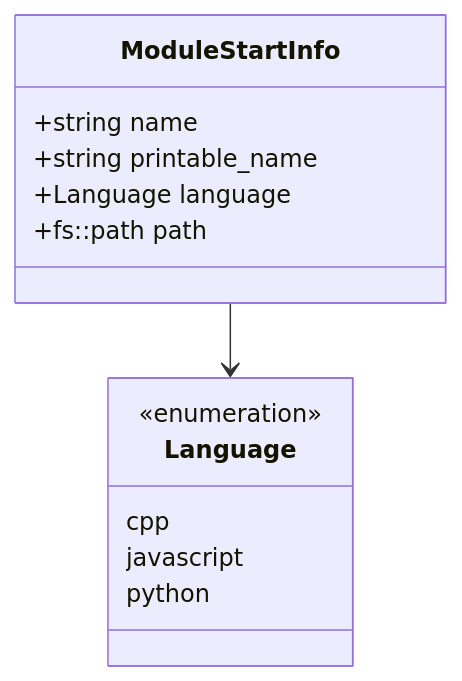
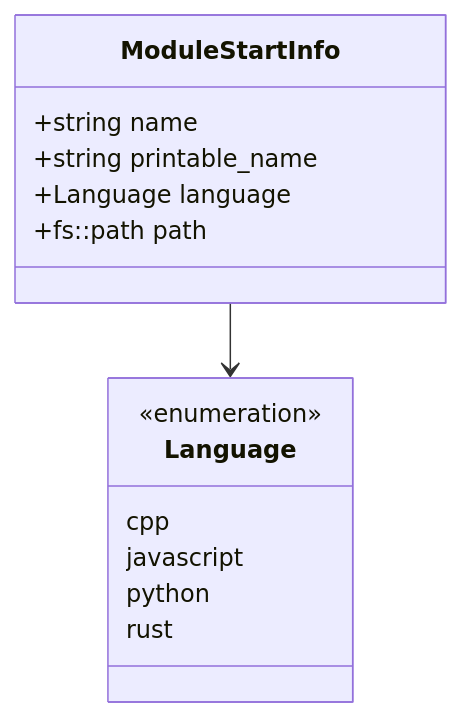
The second of 9 diagrams in content/Obsidian/OCPP/Everest/EVerest-framework.md (Mizunowork/quartz), drawn with Mermaid before and after one commit. The commit also changed other lines of this file and 1 other file, not shown here.

````diff
--- a/content/Obsidian/OCPP/Everest/EVerest-framework.md
+++ b/content/Obsidian/OCPP/Everest/EVerest-framework.md
@@ -44,18 +93,19 @@
 ```mermaid
 classDiagram
     class ModuleStartInfo {
         +string name
         +string printable_name
         +Language language
         +fs::path path
     }
     
     class Language {
         <<enumeration>>
         cpp
         javascript
         python
+        rust
     }
     
     ModuleStartInfo --> Language
 ```
````
